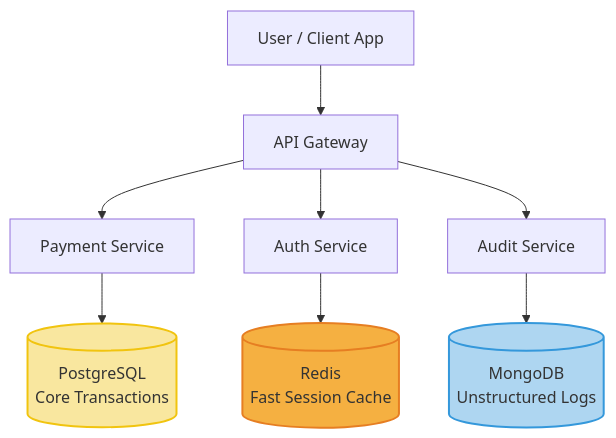
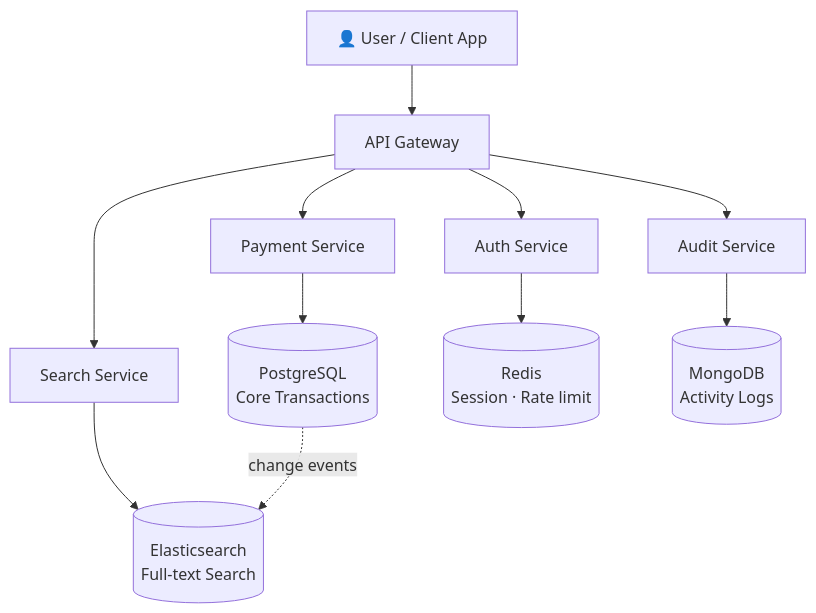
Before and after one commit to sajidur/Book: the fourth of 7 diagrams in manuscript/part-2-data/ch04-database-design-fundamentals.md, drawn with Mermaid. The commit also changed other lines of this file and 144 other files, not shown here.

````diff
--- a/manuscript/part-2-data/ch04-database-design-fundamentals.md
+++ b/manuscript/part-2-data/ch04-database-design-fundamentals.md
@@ -113,20 +183,14 @@
 ```mermaid
-graph TD
-    User[User / Client App] --> API[API Gateway]
-    
-    API --> TxnService[Payment Service]
-    API --> SessionService[Auth Service]
-    API --> LogService[Audit Service]
-    
-    TxnService --> SQL[(PostgreSQL<br/>Core Transactions)]
-    SessionService --> Redis[(Redis<br/>Fast Session Cache)]
-    LogService --> Mongo[(MongoDB<br/>Unstructured Logs)]
-    
-    classDef sql fill:#f9e79f,stroke:#f1c40f,stroke-width:2px;
-    classDef nosql fill:#aed6f1,stroke:#3498db,stroke-width:2px;
-    classDef cache fill:#f5b041,stroke:#e67e22,stroke-width:2px;
-    
-    class SQL sql;
-    class Mongo nosql;
-    class Redis cache;
+%% caption: Polyglot persistence: প্রতিটি কাজের জন্য উপযুক্ত database
+flowchart TD
+    User["👤 User / Client App"]:::client --> API["API Gateway"]:::infra
+    API --> Txn["Payment Service"]:::svc
+    API --> Auth["Auth Service"]:::svc
+    API --> Log["Audit Service"]:::svc
+    API --> Search["Search Service"]:::svc
+    Txn --> SQL[("PostgreSQL<br/>Core Transactions")]:::db
+    Auth --> Redis[("Redis<br/>Session · Rate limit")]:::cache
+    Log --> Mongo[("MongoDB<br/>Activity Logs")]:::db
+    Search --> ES[("Elasticsearch<br/>Full-text Search")]:::db
+    SQL -.->|"change events"| ES
 ```
````
